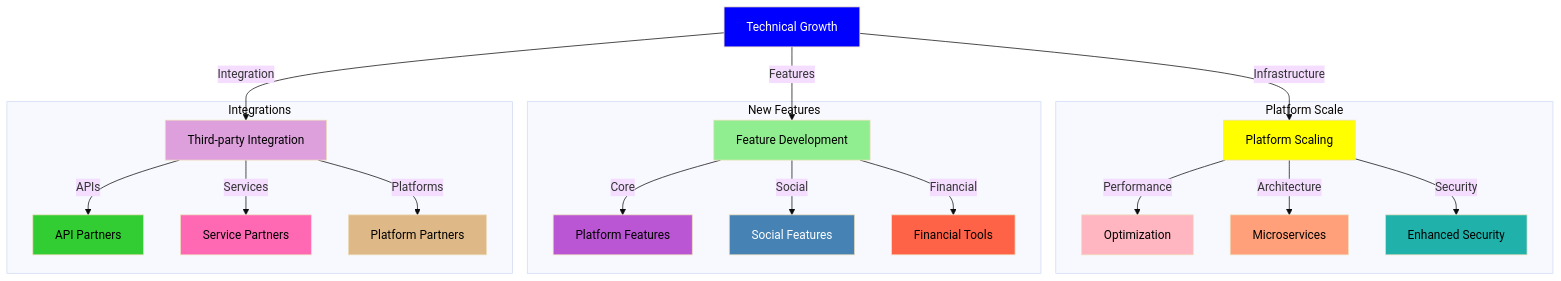
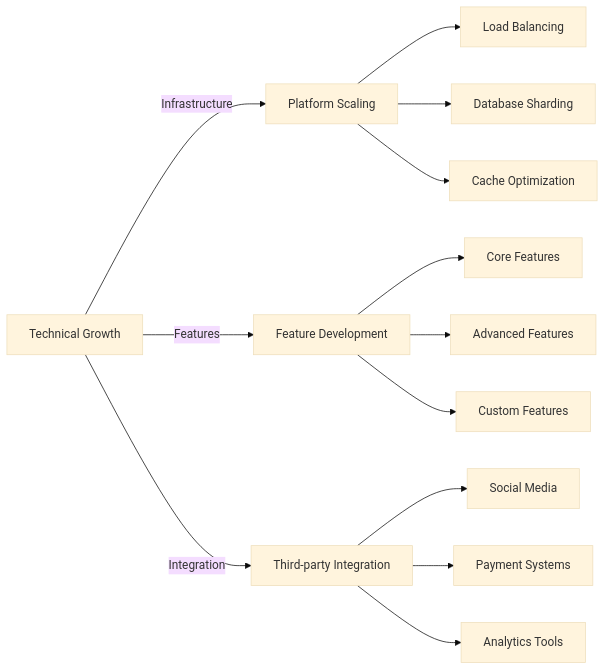
One commit to MEMEFANS/memefans changed the second of 7 diagrams in docs/whitepaper/future-development.md. Above: the diagram before and after it, drawn with Mermaid (base theme). The commit also changed other lines of this file and 7 other files, not shown here.

````diff
--- a/docs/whitepaper/future-development.md
+++ b/docs/whitepaper/future-development.md
@@ -46,38 +28,18 @@
-<div class="mermaid">
-graph TD
+```mermaid
+graph LR
     A[Technical Growth] -->|Infrastructure| B[Platform Scaling]
     A -->|Features| C[Feature Development]
     A -->|Integration| D[Third-party Integration]
     
-    subgraph Platform Scale
-    B -->|Performance| E[Optimization]
-    B -->|Architecture| F[Microservices]
-    B -->|Security| G[Enhanced Security]
-    end
+    B --> B1[Load Balancing]
+    B --> B2[Database Sharding]
+    B --> B3[Cache Optimization]
     
-    subgraph New Features
-    C -->|Core| H[Platform Features]
-    C -->|Social| I[Social Features]
-    C -->|Financial| J[Financial Tools]
-    end
+    C --> C1[Core Features]
+    C --> C2[Advanced Features]
+    C --> C3[Custom Features]
     
-    subgraph Integrations
-    D -->|APIs| K[API Partners]
-    D -->|Services| L[Service Partners]
-    D -->|Platforms| M[Platform Partners]
-    end
-    
-    style A fill:#0000FF,color:#FFFFFF
-    style B fill:#FFFF00,color:#000000
-    style C fill:#90EE90,color:#000000
-    style D fill:#DDA0DD,color:#000000
-    style E fill:#FFB6C1,color:#000000
-    style F fill:#FFA07A,color:#000000
-    style G fill:#20B2AA,color:#000000
-    style H fill:#BA55D3,color:#000000
-    style I fill:#4682B4,color:#FFFFFF
-    style J fill:#FF6347,color:#000000
-    style K fill:#32CD32,color:#000000
-    style L fill:#FF69B4,color:#000000
-    style M fill:#DEB887,color:#000000
-</div>
+    D --> D1[Social Media]
+    D --> D2[Payment Systems]
+    D --> D3[Analytics Tools]
+```
````
